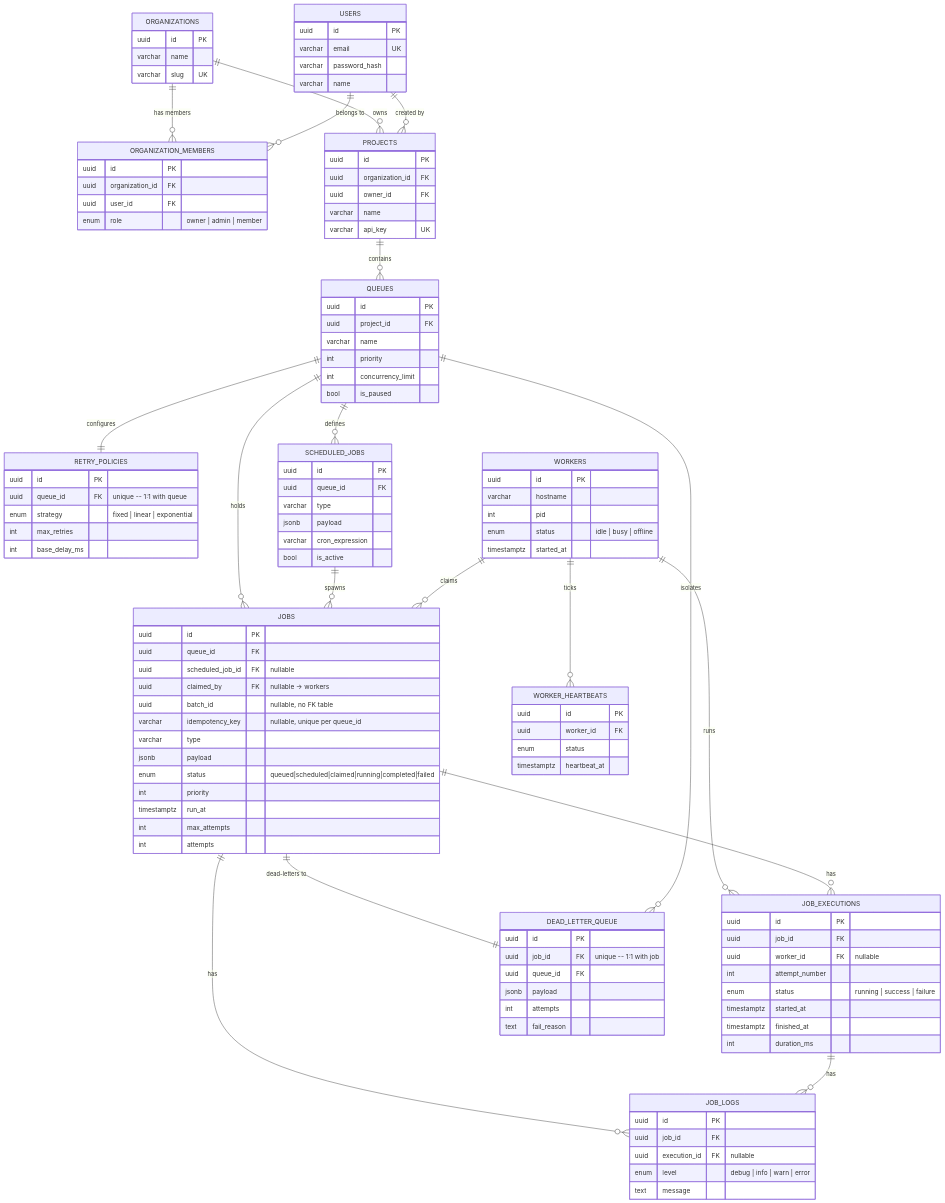
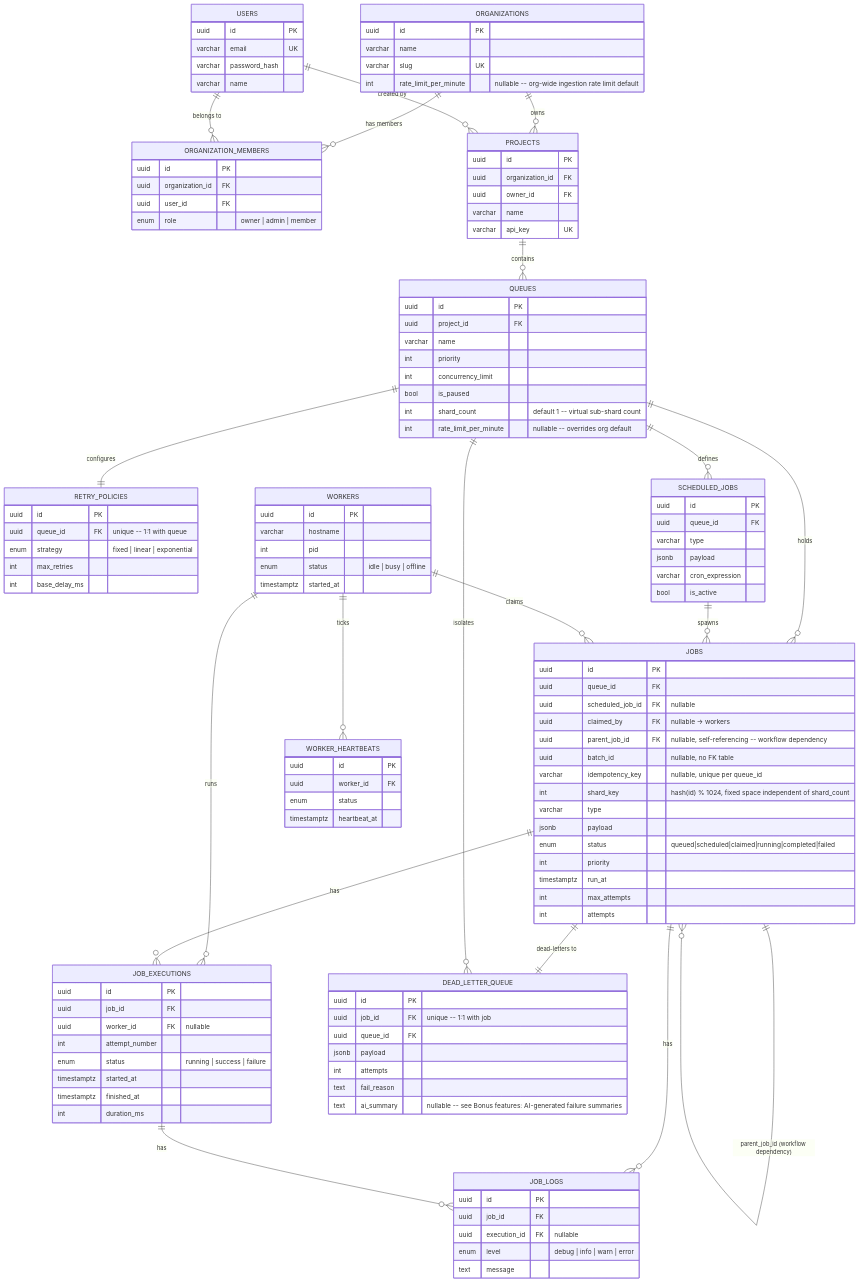
The diagram in README.md (RachitGandhi13/jobScheduler), drawn with Mermaid before and after one commit. The commit also changed other lines of this file and 39 other files, not shown here.

First line of the commit message:
Implement all six remaining bonus features

````diff
--- a/README.md
+++ b/README.md
@@ -133,11 +133,13 @@
     JOB_EXECUTIONS ||--o{ JOB_LOGS : has
     JOBS ||--|| DEAD_LETTER_QUEUE : "dead-letters to"
     QUEUES ||--o{ DEAD_LETTER_QUEUE : isolates
+    JOBS ||--o{ JOBS : "parent_job_id (workflow dependency)"
 
     ORGANIZATIONS {
         uuid id PK
         varchar name
         varchar slug UK
+        int rate_limit_per_minute "nullable -- org-wide ingestion rate limit default"
     }
     USERS {
         uuid id PK
@@ -165,6 +167,8 @@
         int priority
         int concurrency_limit
         bool is_paused
+        int shard_count "default 1 -- virtual sub-shard count"
+        int rate_limit_per_minute "nullable -- overrides org default"
     }
     RETRY_POLICIES {
         uuid id PK
@@ -186,8 +190,10 @@
         uuid queue_id FK
         uuid scheduled_job_id FK "nullable"
         uuid claimed_by FK "nullable -> workers"
+        uuid parent_job_id FK "nullable, self-referencing -- workflow dependency"
         uuid batch_id "nullable, no FK table"
         varchar idempotency_key "nullable, unique per queue_id"
+        int shard_key "hash(id) % 1024, fixed space independent of shard_count"
         varchar type
         jsonb payload
         enum status "queued|scheduled|claimed|running|completed|failed"
@@ -233,5 +239,6 @@
         jsonb payload
         int attempts
         text fail_reason
+        text ai_summary "nullable -- see Bonus features: AI-generated failure summaries"
     }
 ```
````
